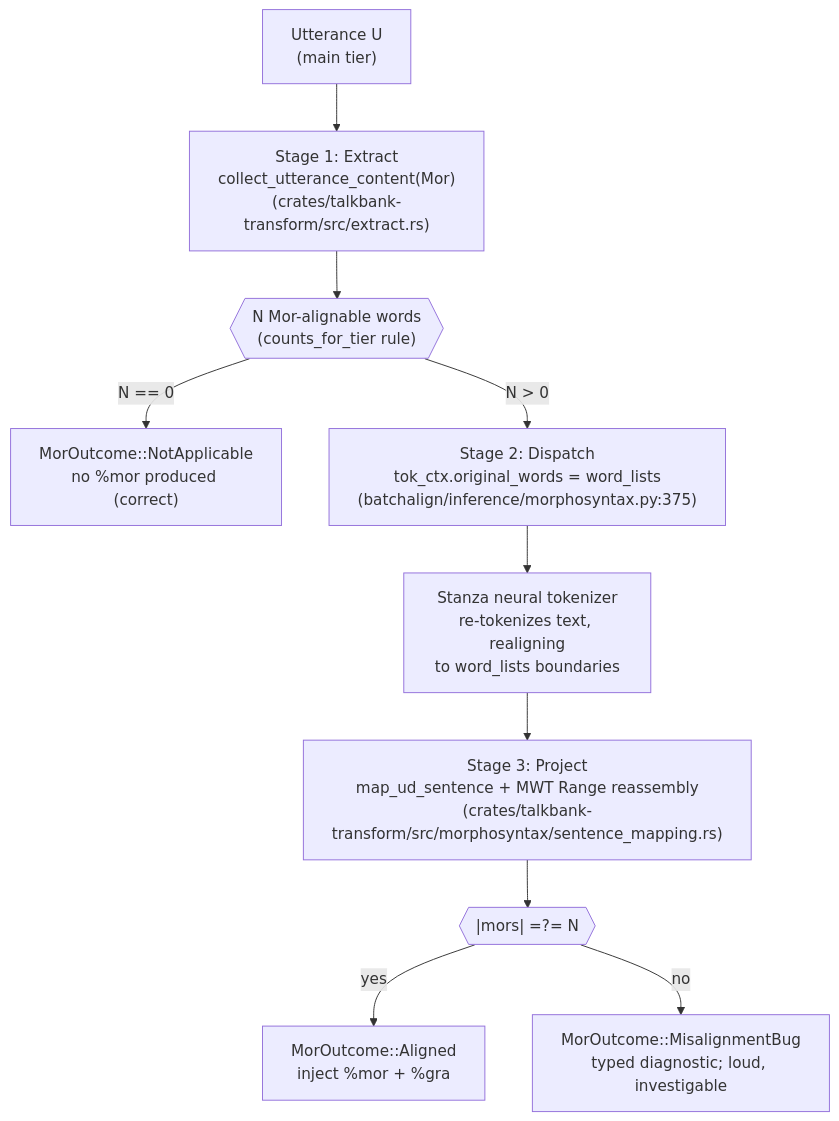
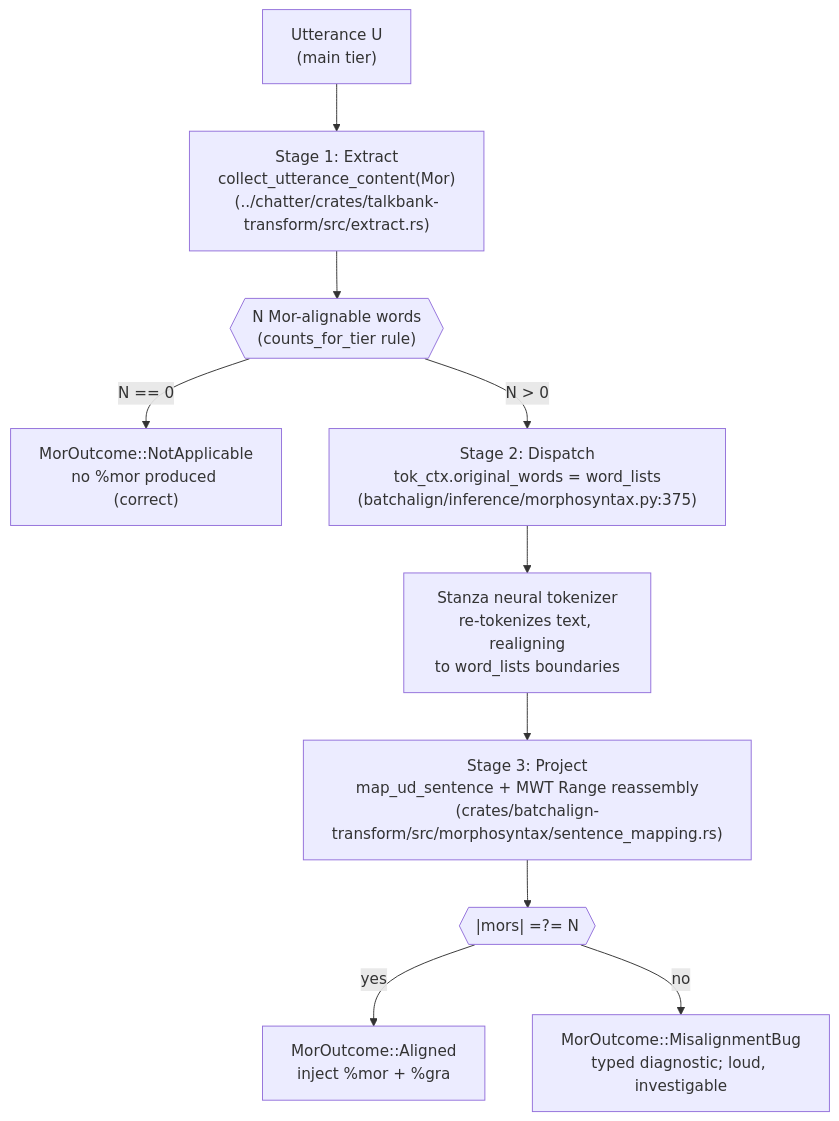
The diagram in book/src/batchalign/architecture/morphotag-invariants.md (TalkBank/talkbank-tools), drawn with Mermaid before and after one commit. The commit also changed other lines of this file and 66 other files, not shown here.

First line of the commit message:
docs(batchalign): repoint moved-crate paths after the chatter split

````diff
--- a/book/src/batchalign/architecture/morphotag-invariants.md
+++ b/book/src/batchalign/architecture/morphotag-invariants.md
@@ -40,18 +40,18 @@
 ```mermaid
 flowchart TD
     U["Utterance U<br/>(main tier)"] --> E
-    E["Stage 1: Extract<br/>collect_utterance_content(Mor)<br/>(crates/talkbank-transform/src/extract.rs)"] --> Nlabel
+    E["Stage 1: Extract<br/>collect_utterance_content(Mor)<br/>(../chatter/crates/talkbank-transform/src/extract.rs)"] --> Nlabel
     Nlabel{{"N Mor-alignable words<br/>(counts_for_tier rule)"}}
 
     Nlabel -->|"N == 0"| NA["MorOutcome::NotApplicable<br/>no %mor produced (correct)"]
     Nlabel -->|"N > 0"| D
 
     D["Stage 2: Dispatch<br/>tok_ctx.original_words = word_lists<br/>(batchalign/inference/morphosyntax.py:375)"] --> S
     S["Stanza neural tokenizer<br/>re-tokenizes text, realigning<br/>to word_lists boundaries"] --> P
 
-    P["Stage 3: Project<br/>map_ud_sentence + MWT Range reassembly<br/>(crates/talkbank-transform/src/morphosyntax/sentence_mapping.rs)"] --> M
+    P["Stage 3: Project<br/>map_ud_sentence + MWT Range reassembly<br/>(crates/batchalign-transform/src/morphosyntax/sentence_mapping.rs)"] --> M
     M{{"|mors| =?= N"}}
 
     M -->|"yes"| OK["MorOutcome::Aligned<br/>inject %mor + %gra"]
     M -->|"no"| BUG["MorOutcome::MisalignmentBug<br/>typed diagnostic; loud, investigable"]
 ```
````
